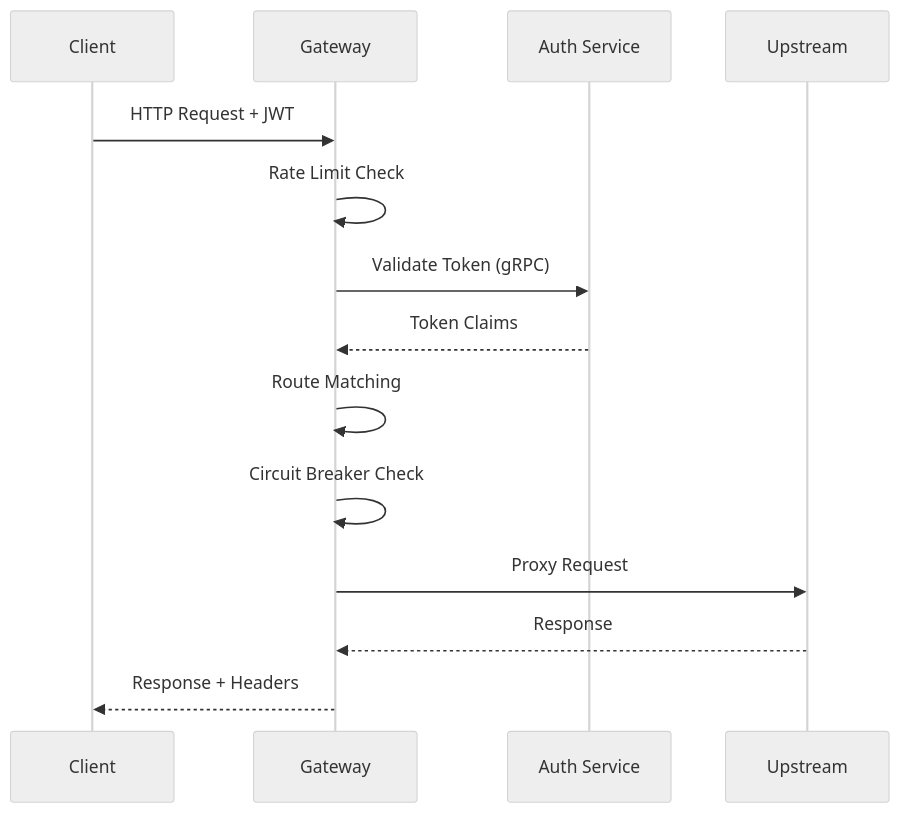
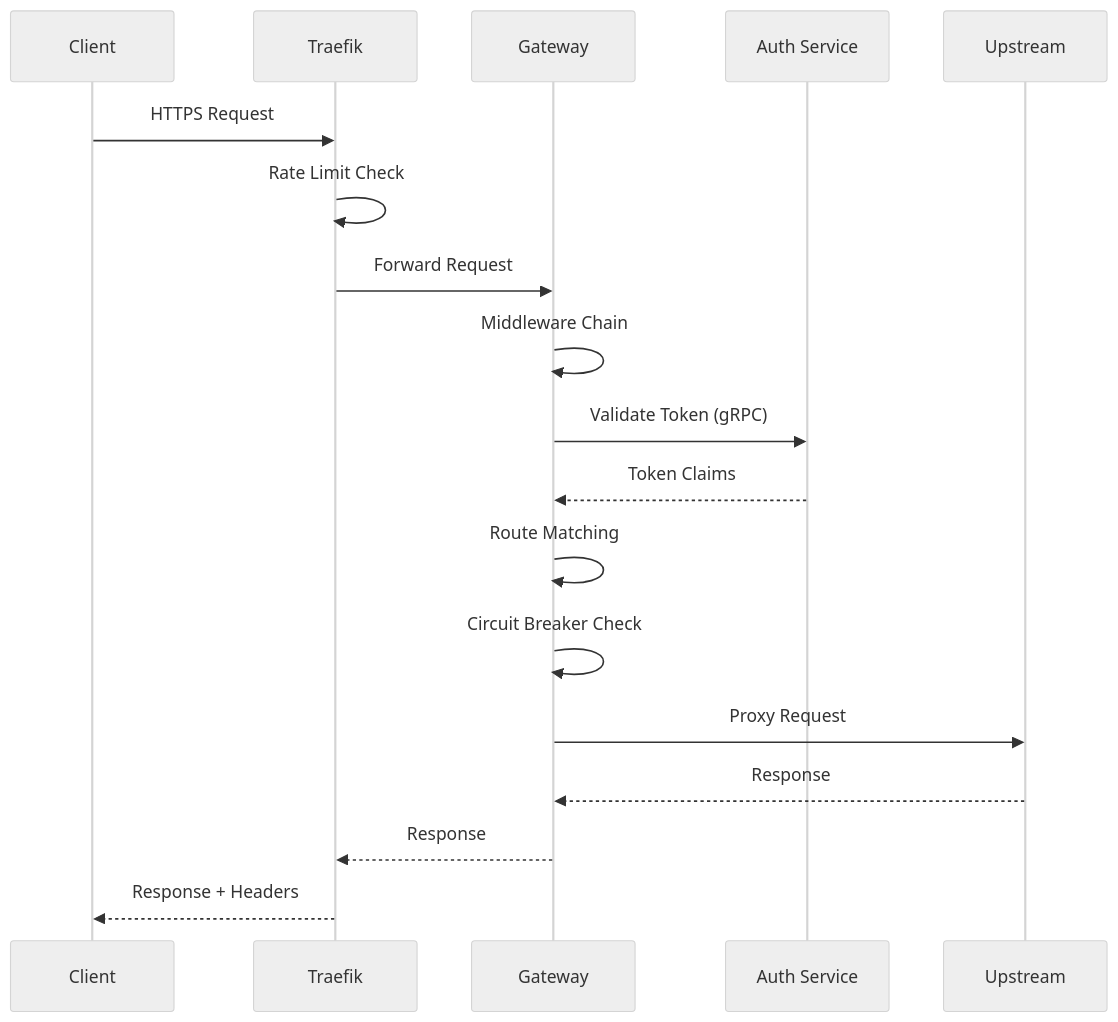
One commit to salgue441/prism changed the second of 2 diagrams in README.md. Above: the diagram before and after it, drawn with Mermaid (neutral theme). The commit also changed other lines of this file and 33 other files, not shown here.

````diff
--- a/README.md
+++ b/README.md
@@ -99,17 +107,21 @@
 ```mermaid
 sequenceDiagram
     participant C as Client
+    participant T as Traefik
     participant G as Gateway
     participant A as Auth Service
     participant U as Upstream
 
-    C->>G: HTTP Request + JWT
-    G->>G: Rate Limit Check
+    C->>T: HTTPS Request
+    T->>T: Rate Limit Check
+    T->>G: Forward Request
+    G->>G: Middleware Chain
     G->>A: Validate Token (gRPC)
     A-->>G: Token Claims
     G->>G: Route Matching
     G->>G: Circuit Breaker Check
     G->>U: Proxy Request
     U-->>G: Response
-    G-->>C: Response + Headers
+    G-->>T: Response
+    T-->>C: Response + Headers
 ```
````
